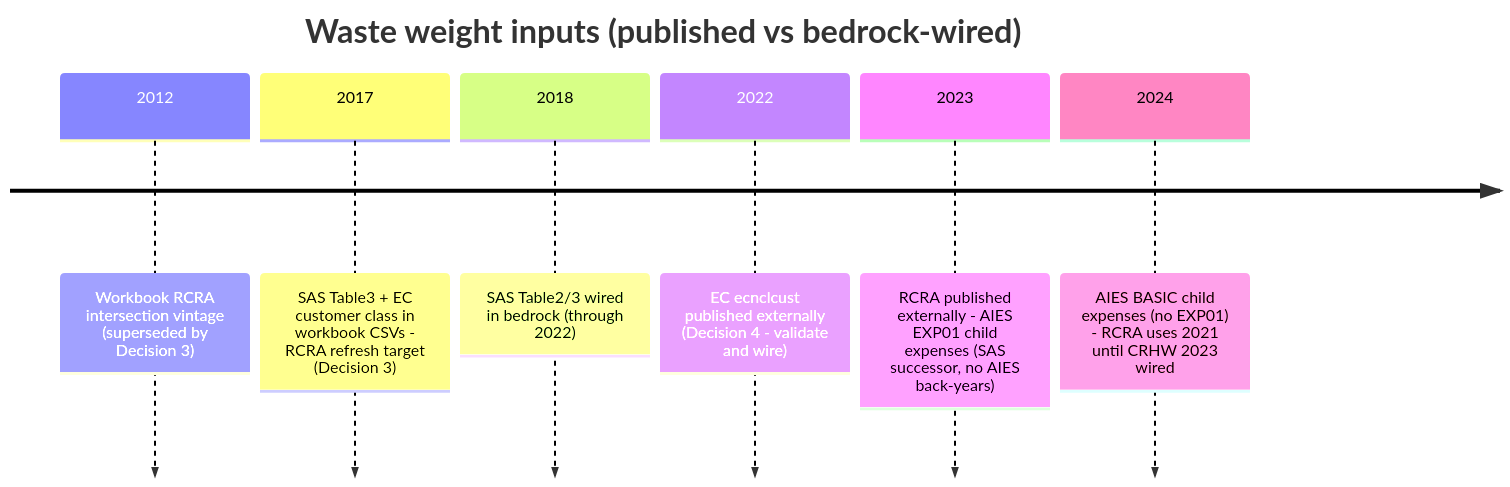
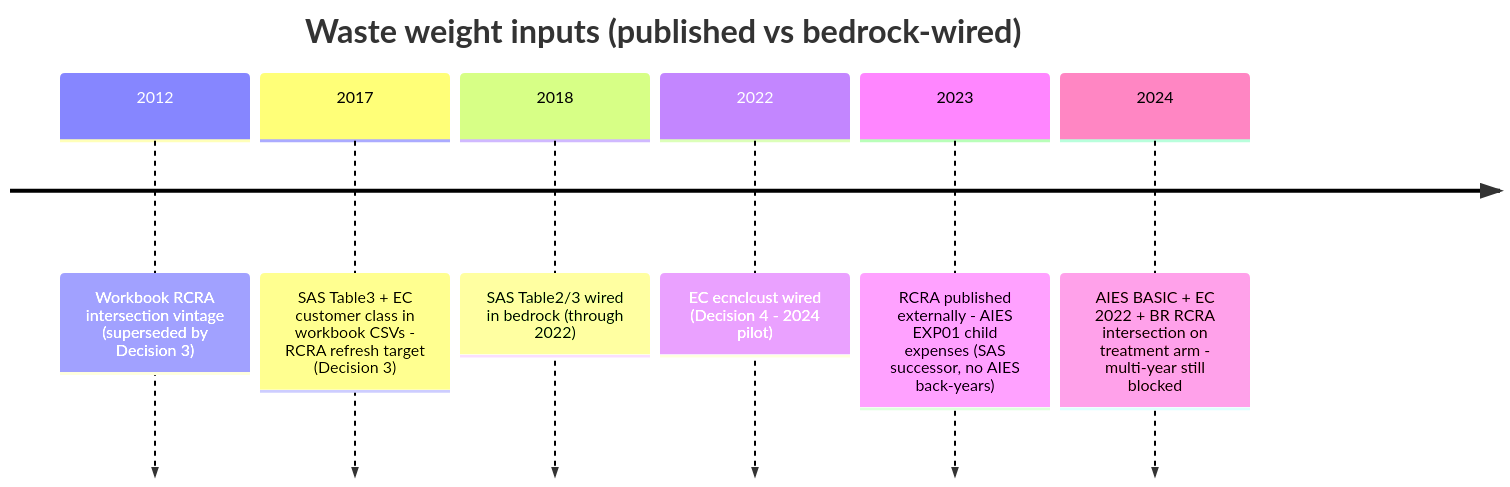
The second of 2 diagrams in bedrock/analysis/nowcasting/waste_disaggregation/feasibility_multi_year_weights.md (cornerstone-data/bedrock), drawn with Mermaid before and after one commit. The commit also changed other lines of this file and 36 other files, not shown here.

````diff
--- a/bedrock/analysis/nowcasting/waste_disaggregation/feasibility_multi_year_weights.md
+++ b/bedrock/analysis/nowcasting/waste_disaggregation/feasibility_multi_year_weights.md
@@ -169,10 +189,10 @@
 ```mermaid
 timeline
   title Waste weight inputs (published vs bedrock-wired)
   2012 : Workbook RCRA intersection vintage (superseded by Decision 3)
   2017 : SAS Table3 + EC customer class in workbook CSVs - RCRA refresh target (Decision 3)
   2018 : SAS Table2/3 wired in bedrock (through 2022)
-  2022 : EC ecnclcust published externally (Decision 4 - validate and wire)
+  2022 : EC ecnclcust wired (Decision 4 - 2024 pilot)
   2023 : RCRA published externally - AIES EXP01 child expenses (SAS successor, no AIES back-years)
-  2024 : AIES BASIC child expenses (no EXP01) - RCRA uses 2021 until CRHW 2023 wired
+  2024 : AIES BASIC + EC 2022 + BR RCRA intersection on treatment arm - multi-year still blocked
 ```
````
